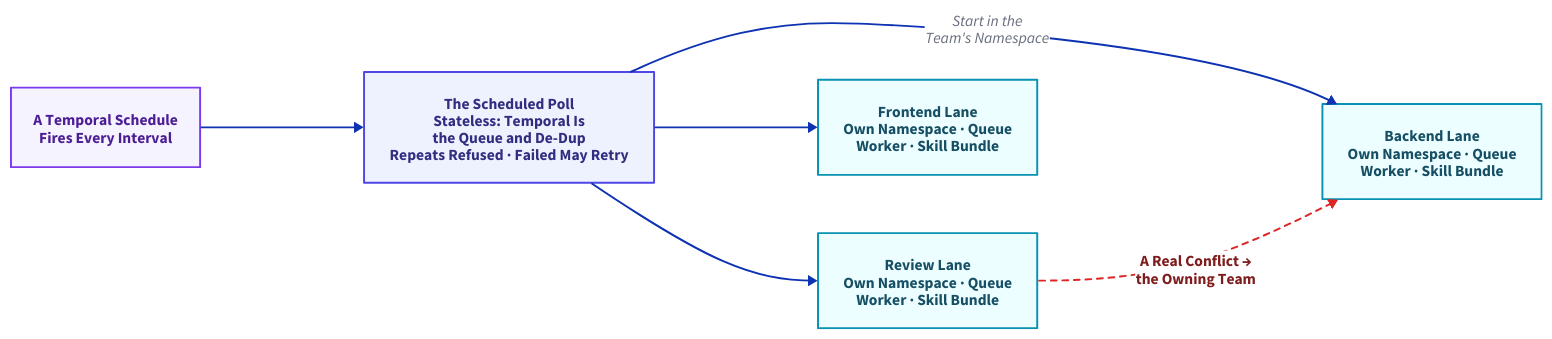
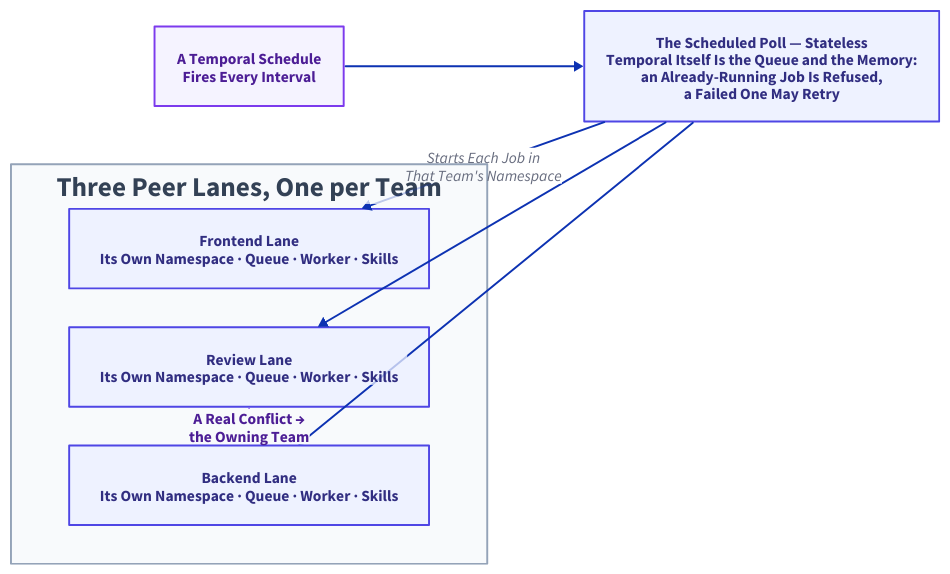
Before and after one commit to thumarrushik/crash-proof-team-of-coding-agents: the diagram in assets/diagram-src/lanes.d2, drawn with D2. The commit also changed 45 other files, not shown here.

```diff
--- a/assets/diagram-src/lanes.d2
+++ b/assets/diagram-src/lanes.d2
@@ -1,29 +1,34 @@
-# From one agent to a team of lanes. Landscape: schedule + poll fan out to
-# three team lanes; one escalation crosses from review to backend.
+# Trusted by the queue, not the prompt: three identical PEER lanes;
+# only the queue they poll differs. The poll and the escalation both
+# cross namespaces the same way: a client call from inside an activity.
 direction: right
-horizontal-gap: 105
-vertical-gap: 40
+horizontal-gap: 110
 
 sched: "A Temporal Schedule\nFires Every Interval" {
   style: {fill: "#f5f3ff"; stroke: "#7c3aed"; font-color: "#4c1d95"; bold: true}
 }
-poll: "The Scheduled Poll\nStateless: Temporal Is\nthe Queue and De-Dup\nRepeats Refused · Failed May Retry" {
+poll: "The Scheduled Poll — Stateless\nTemporal Itself Is the Queue and the Memory:\nan Already-Running Job Is Refused,\na Failed One May Retry" {
   style: {fill: "#eef2ff"; stroke: "#4f46e5"; font-color: "#312e81"; bold: true}
 }
-backend: "Backend Lane\nOwn Namespace · Queue\nWorker · Skill Bundle" {
-  style: {fill: "#ecfeff"; stroke: "#0891b2"; font-color: "#164e63"; bold: true}
-}
-review: "Review Lane\nOwn Namespace · Queue\nWorker · Skill Bundle" {
-  style: {fill: "#ecfeff"; stroke: "#0891b2"; font-color: "#164e63"; bold: true}
-}
-frontend: "Frontend Lane\nOwn Namespace · Queue\nWorker · Skill Bundle" {
-  style: {fill: "#ecfeff"; stroke: "#0891b2"; font-color: "#164e63"; bold: true}
+teams: "Three Peer Lanes, One per Team" {
+  grid-columns: 1
+  vertical-gap: 40
+  style: {fill: "#f8fafc"; stroke: "#94a3b8"; font-color: "#334155"; bold: true}
+  frontend: "Frontend Lane\nIts Own Namespace · Queue · Worker · Skills" {
+    style: {fill: "#eef2ff"; stroke: "#4f46e5"; font-color: "#312e81"; bold: true}
+  }
+  review: "Review Lane\nIts Own Namespace · Queue · Worker · Skills" {
+    style: {fill: "#eef2ff"; stroke: "#4f46e5"; font-color: "#312e81"; bold: true}
+  }
+  backend: "Backend Lane\nIts Own Namespace · Queue · Worker · Skills" {
+    style: {fill: "#eef2ff"; stroke: "#4f46e5"; font-color: "#312e81"; bold: true}
+  }
 }
 
 sched -> poll
-poll -> backend: "Start in the\nTeam's Namespace"
-poll -> review
-poll -> frontend
-review -> backend: "A Real Conflict →\nthe Owning Team" {
-  style: {stroke-dash: 3; stroke: "#dc2626"; font-color: "#7f1d1d"; bold: true}
+poll -> teams.frontend: "Starts Each Job in\nThat Team's Namespace"
+poll -> teams.review
+poll -> teams.backend
+teams.review -> teams.backend: "A Real Conflict →\nthe Owning Team" {
+  style: {stroke-dash: 3; stroke: "#7c3aed"; font-color: "#4c1d95"; bold: true}
 }
```
